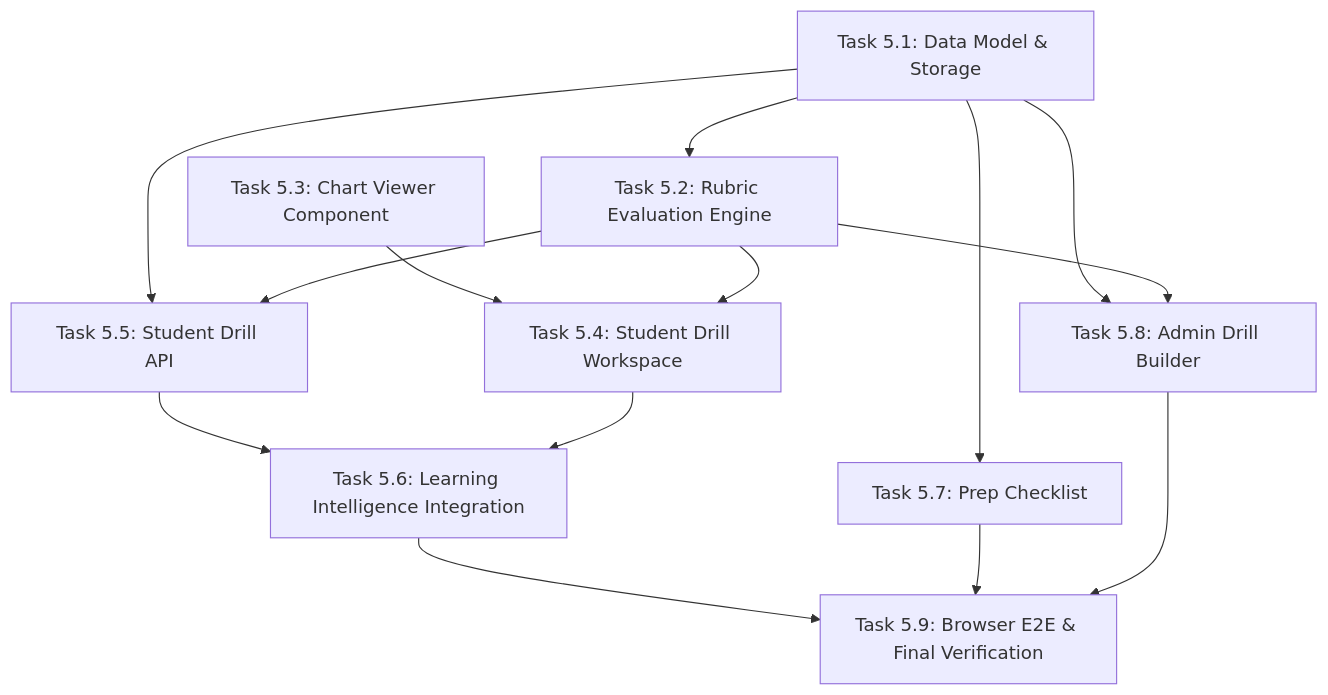
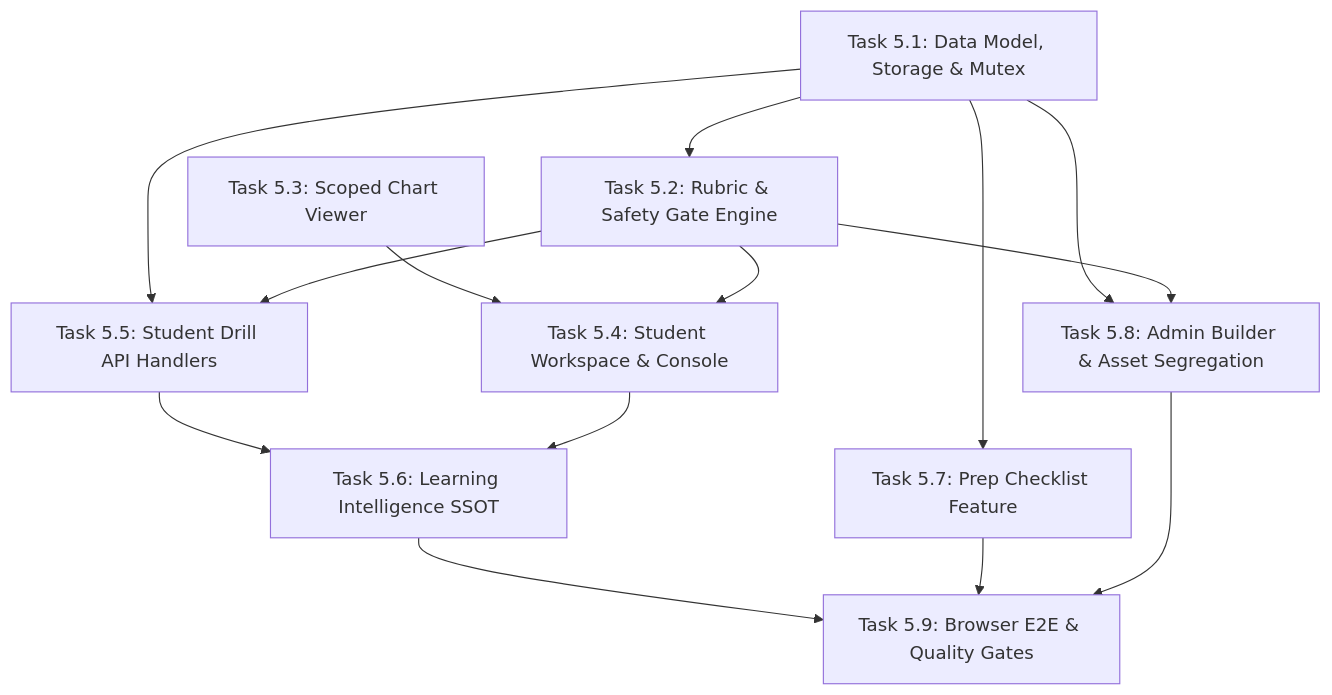
Before and after one commit to Apryn/Web-Edukasi-Casper: the diagram in docs/sprint-5/sprint-5-implementation-plan.md, drawn with Mermaid. The commit also changed other lines of this file and 59 other files, not shown here.

Commit message:
feat(sprint-5): implement practical drills, coordinate engine, decision console, mastery & adaptive recommendations (Tasks 5.1-5.5)

````diff
--- a/docs/sprint-5/sprint-5-implementation-plan.md
+++ b/docs/sprint-5/sprint-5-implementation-plan.md
@@ -33,20 +34,20 @@
 ```mermaid
 flowchart TD
-    T5_1["Task 5.1: Data Model & Storage"] --> T5_2["Task 5.2: Rubric Evaluation Engine"]
-    T5_1 --> T5_5["Task 5.5: Student Drill API"]
-    T5_1 --> T5_7["Task 5.7: Prep Checklist"]
+    T5_1["Task 5.1: Data Model, Storage & Mutex"] --> T5_2["Task 5.2: Rubric & Safety Gate Engine"]
+    T5_1 --> T5_5["Task 5.5: Student Drill API Handlers"]
+    T5_1 --> T5_7["Task 5.7: Prep Checklist Feature"]
     
-    T5_3["Task 5.3: Chart Viewer Component"] --> T5_4["Task 5.4: Student Drill Workspace"]
+    T5_3["Task 5.3: Scoped Chart Viewer"] --> T5_4["Task 5.4: Student Workspace & Console"]
     T5_2 --> T5_4
     T5_2 --> T5_5
     
-    T5_5 --> T5_6["Task 5.6: Learning Intelligence Integration"]
+    T5_5 --> T5_6["Task 5.6: Learning Intelligence SSOT"]
     T5_4 --> T5_6
     
-    T5_1 --> T5_8["Task 5.8: Admin Drill Builder"]
+    T5_1 --> T5_8["Task 5.8: Admin Builder & Asset Segregation"]
     T5_2 --> T5_8
     
-    T5_6 --> T5_9["Task 5.9: Browser E2E & Final Verification"]
+    T5_6 --> T5_9["Task 5.9: Browser E2E & Quality Gates"]
     T5_7 --> T5_9
     T5_8 --> T5_9
 ```
````
